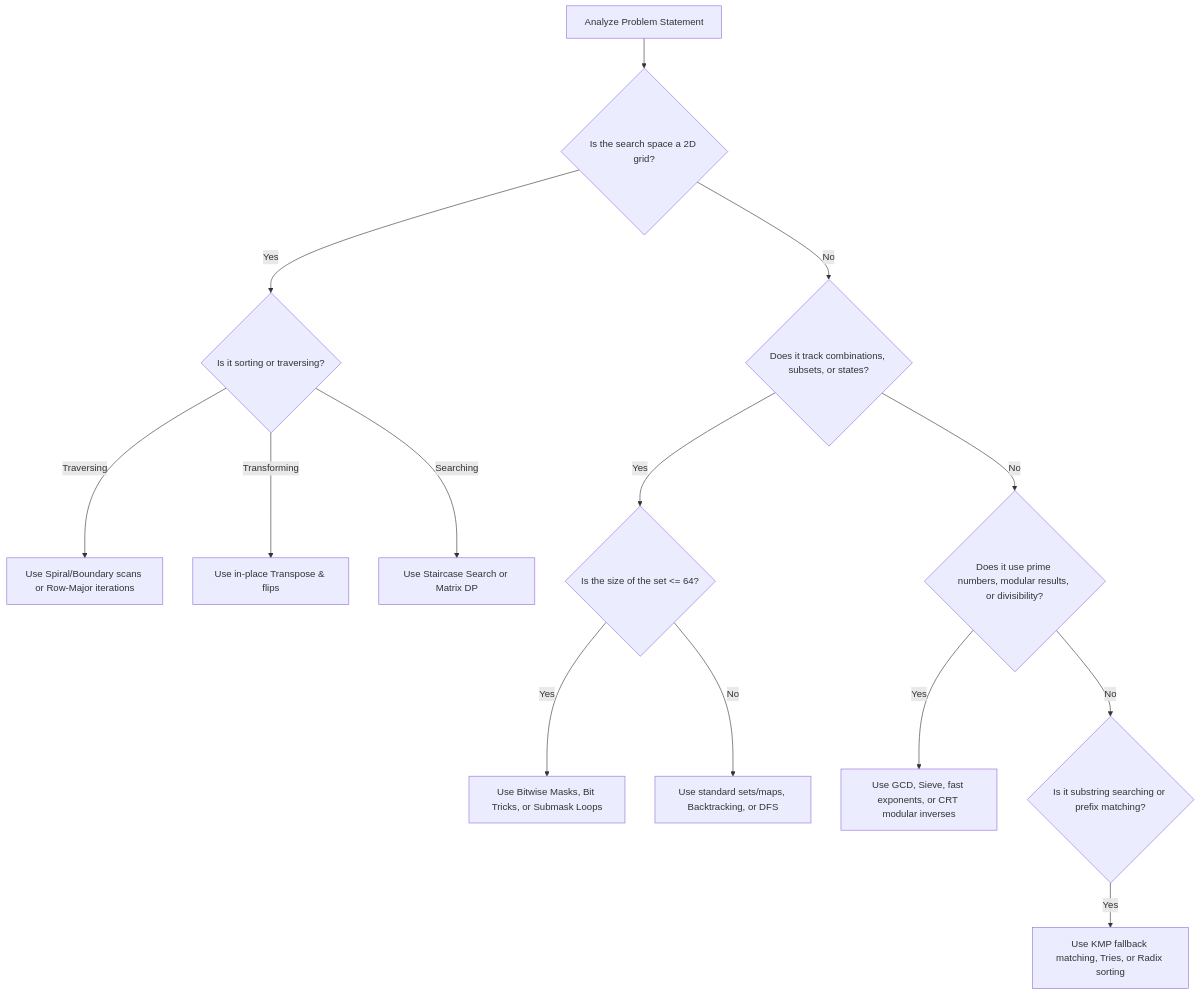
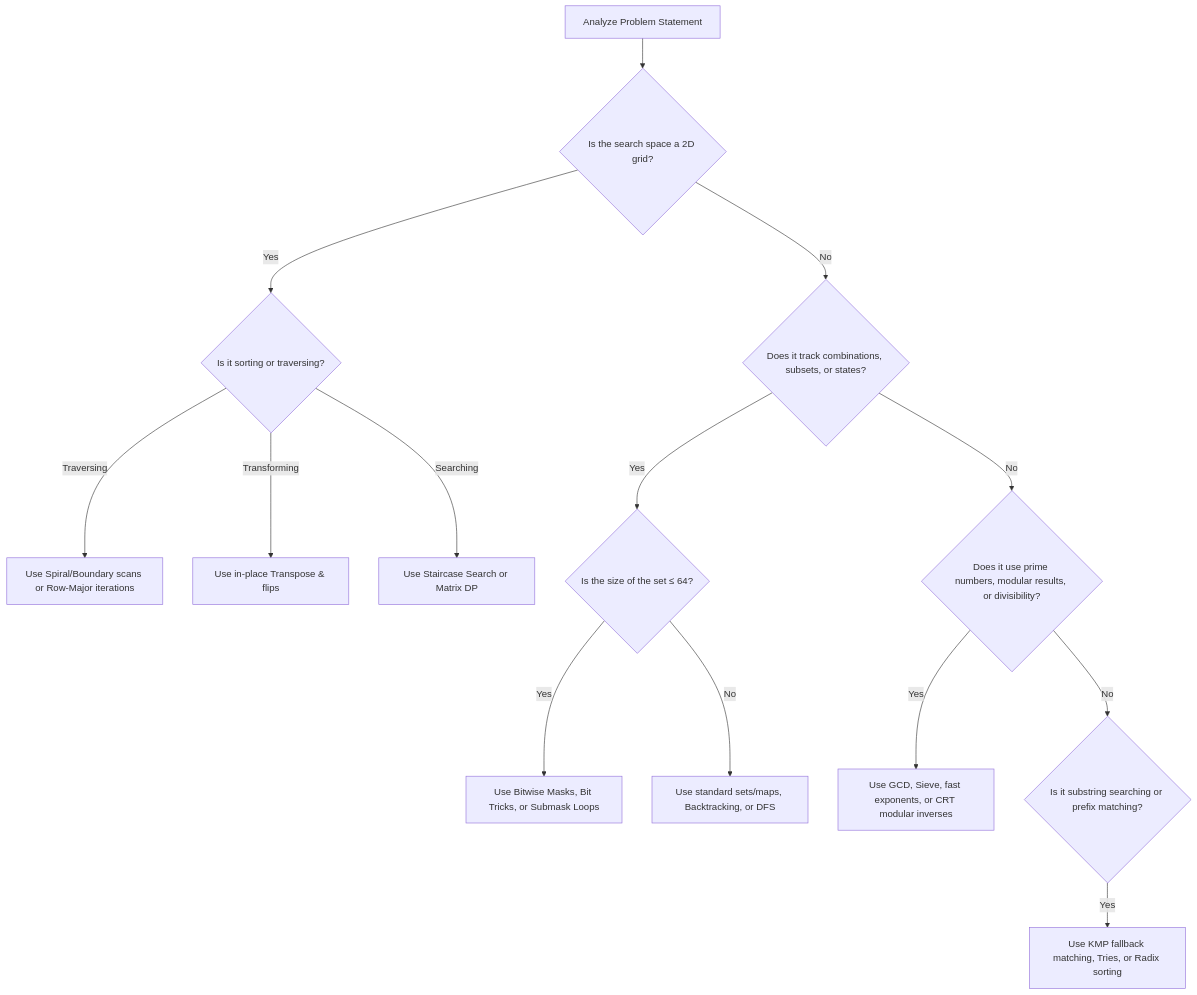
The diagram in week_14_matrix_backtracking_bits/support files/Week_14_Problem_Solving_Roadmap.md (dip4k/DSA_102), drawn with Mermaid before and after one commit. The commit also changed 191 other files, not shown here.

````diff
--- a/week_14_matrix_backtracking_bits/support files/Week_14_Problem_Solving_Roadmap.md
+++ b/week_14_matrix_backtracking_bits/support files/Week_14_Problem_Solving_Roadmap.md
@@ -15,16 +15,16 @@
 ```mermaid
 graph TD
     A[Analyze Problem Statement] --> B{Is the search space a 2D grid?}
     B -->|Yes| C{Is it sorting or traversing?}
     C -->|Traversing| D[Use Spiral/Boundary scans or Row-Major iterations]
     C -->|Transforming| E[Use in-place Transpose & flips]
     C -->|Searching| F[Use Staircase Search or Matrix DP]
     B -->|No| G{Does it track combinations, subsets, or states?}
-    G -->|Yes| H{Is the size of the set <= 64?}
+    G -->|Yes| H{Is the size of the set &le; 64?}
     H -->|Yes| I[Use Bitwise Masks, Bit Tricks, or Submask Loops]
     H -->|No| J[Use standard sets/maps, Backtracking, or DFS]
     G -->|No| K{Does it use prime numbers, modular results, or divisibility?}
     K -->|Yes| L[Use GCD, Sieve, fast exponents, or CRT modular inverses]
     K -->|No| M{Is it substring searching or prefix matching?}
     M -->|Yes| N[Use KMP fallback matching, Tries, or Radix sorting]
 ```
````
